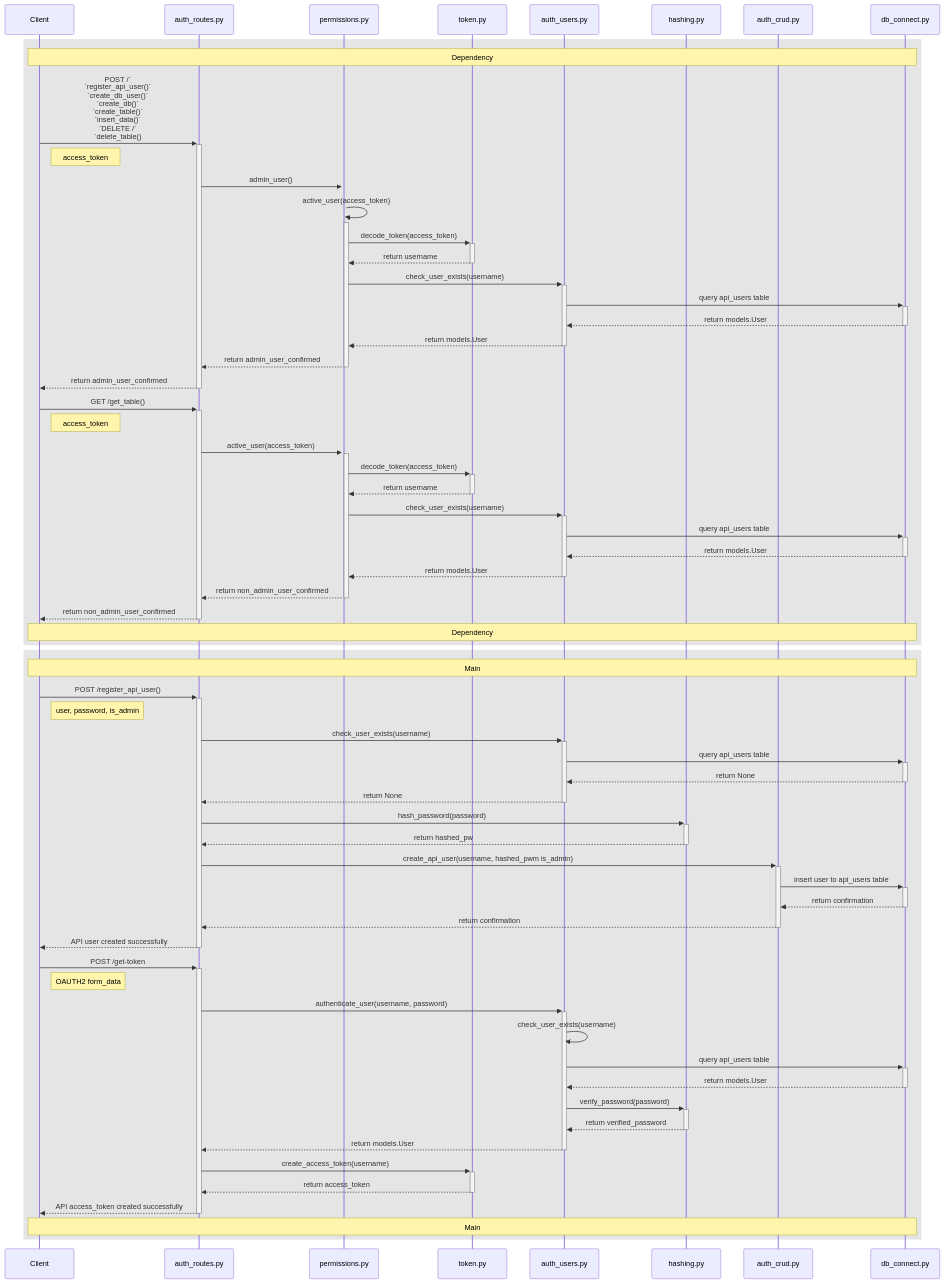
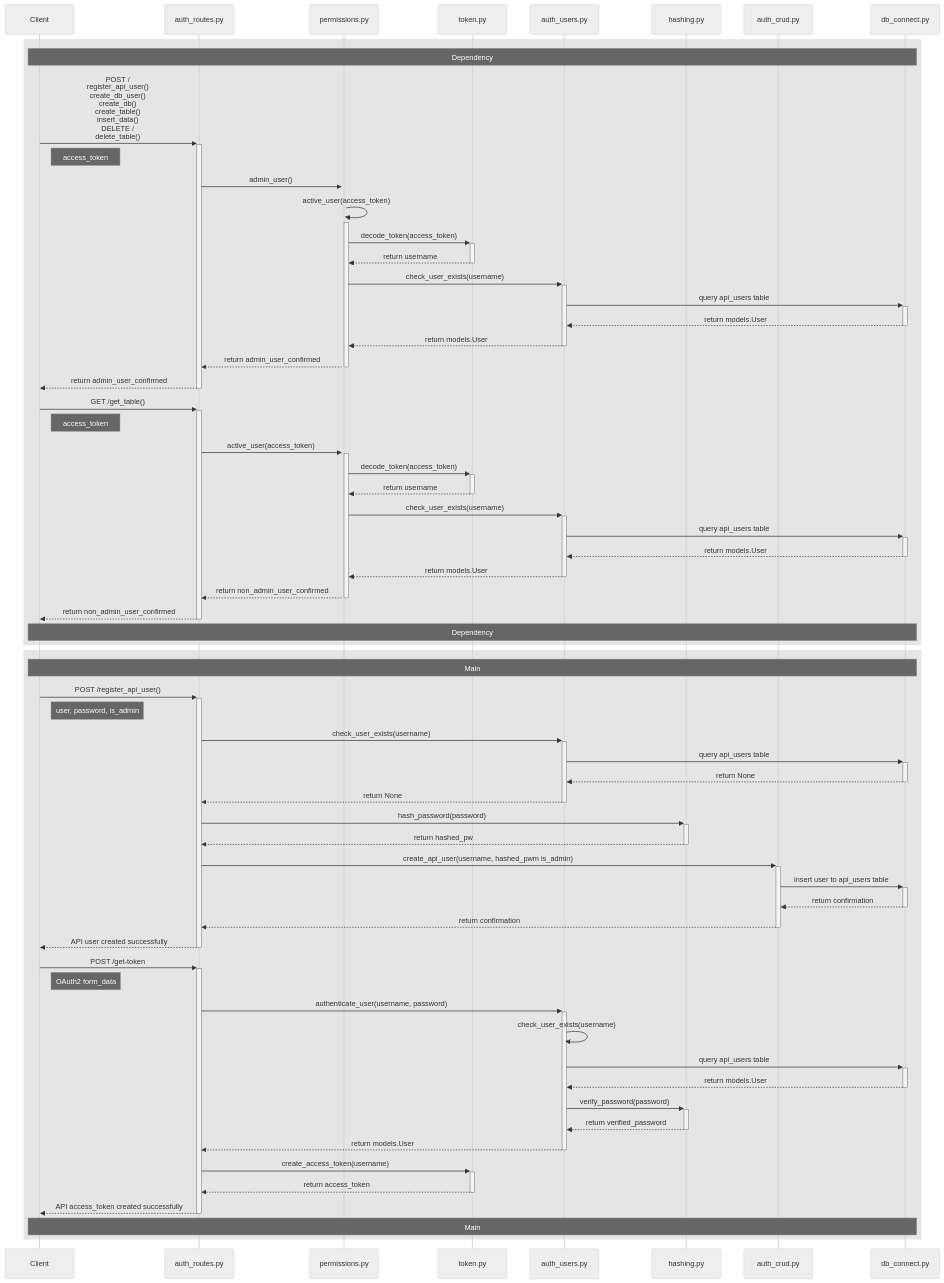
The diagram in diagrams/route_logic.md (hawa1222/database-api), drawn with Mermaid before and after one commit. The commit also changed 3 other files, not shown here.

Commit message:
Update API architecture diagrams

````diff
--- a/diagrams/route_logic.md
+++ b/diagrams/route_logic.md
@@ -1,4 +1,11 @@
 ```mermaid
+---
+config:
+  theme: neutral
+  themeVariables:
+    primaryColor: "#00ff00"
+    edgeLabelTextColor: "#000000"
+---
 sequenceDiagram
     autonumber off
     
@@ -14,7 +21,7 @@
     rect rgba(0, 0, 0, 0.1)
     Note over Client,DB: Dependency
 
-    Client->>+Router: POST /`<br/>`register_api_user()`<br/>`create_db_user()`<br/>`create_db()`<br/>`create_table()`<br/>`insert_data()`<br/>`DELETE /`<br/>`delete_table()
+    Client->>+Router: POST /<br/>register_api_user()<br/>create_db_user()<br/>create_db()<br/>create_table()<br/>insert_data()<br/>DELETE /<br/>delete_table()
     Note right of Client: access_token
     Router->>+Permissions: admin_user()
     Permissions->>+Permissions: active_user(access_token)
@@ -60,7 +67,7 @@
     Router-->>-Client: API user created successfully
     
     Client->>+Router: POST /get-token
-    Note right of Client: OAUTH2 form_data
+    Note right of Client: OAuth2 form_data
     Router->>+AuthUsers: authenticate_user(username, password)
     AuthUsers->>AuthUsers: check_user_exists(username)
     AuthUsers->>+DB: query api_users table
````
